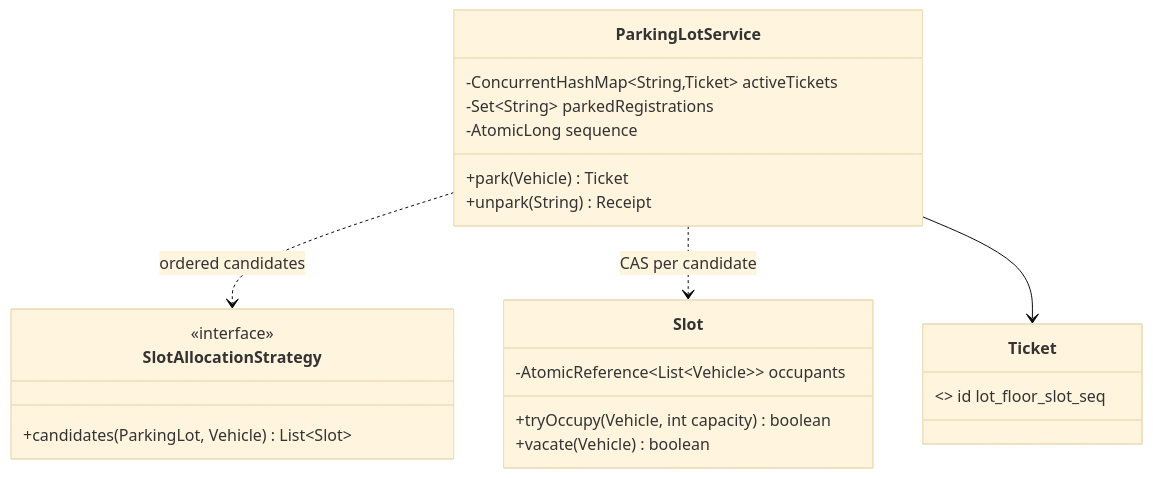
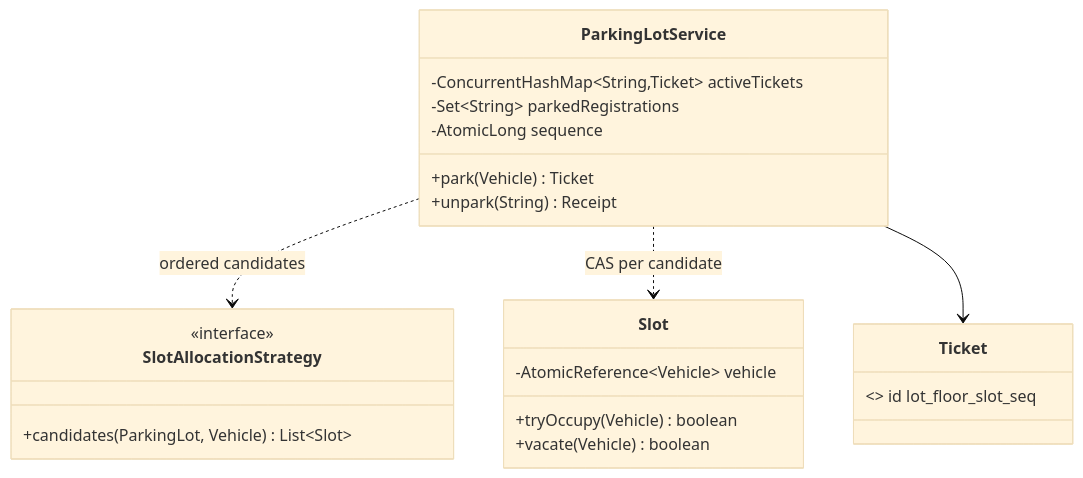
One commit to zekkrron/cs-knowledge-base changed the third of 7 diagrams in LLD/Problems/01 - Parking Lot.md. Above: the diagram before and after it, drawn with Mermaid (base theme). The commit also changed other lines of this file and 2 other files, not shown here.

Commit message:
LLD Parking Lot: E2 shows single-vehicle CAS, occupants list moves to E3; delta-per-extension rule

````diff
--- a/LLD/Problems/01 - Parking Lot.md
+++ b/LLD/Problems/01 - Parking Lot.md
@@ -317,23 +332,23 @@
 ```mermaid
 classDiagram
     class ParkingLotService {
         -ConcurrentHashMap~String,Ticket~ activeTickets
         -Set~String~ parkedRegistrations
         -AtomicLong sequence
         +park(Vehicle) Ticket
         +unpark(String) Receipt
     }
     class SlotAllocationStrategy {
         <<interface>>
         +candidates(ParkingLot, Vehicle) List~Slot~
     }
     class Slot {
-        -AtomicReference~List~Vehicle~~ occupants
-        +tryOccupy(Vehicle, int capacity) boolean
+        -AtomicReference~Vehicle~ vehicle
+        +tryOccupy(Vehicle) boolean
         +vacate(Vehicle) boolean
     }
     class Ticket { <<record>> id lot_floor_slot_seq }
     ParkingLotService ..> SlotAllocationStrategy : ordered candidates
     ParkingLotService ..> Slot : CAS per candidate
     ParkingLotService --> Ticket
 ```
````
